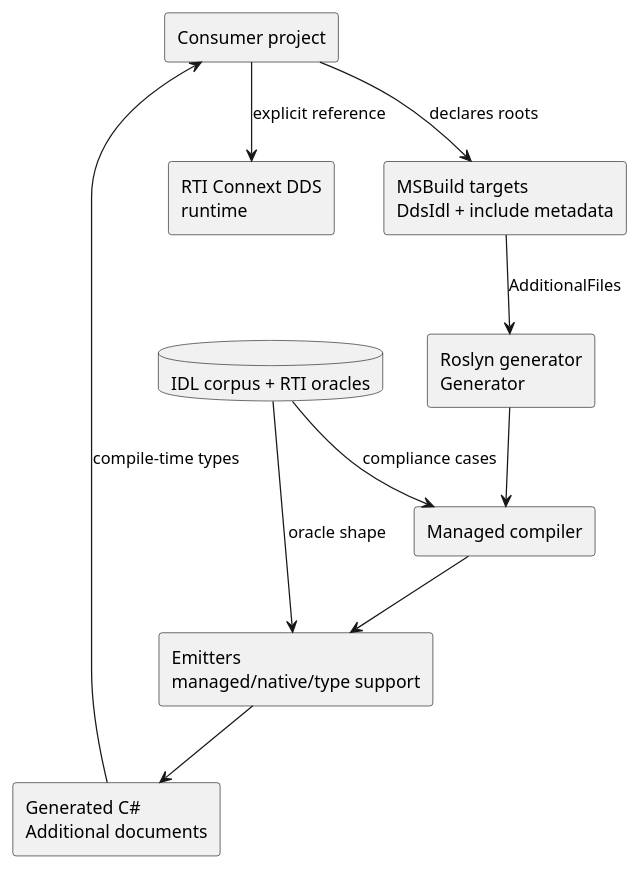
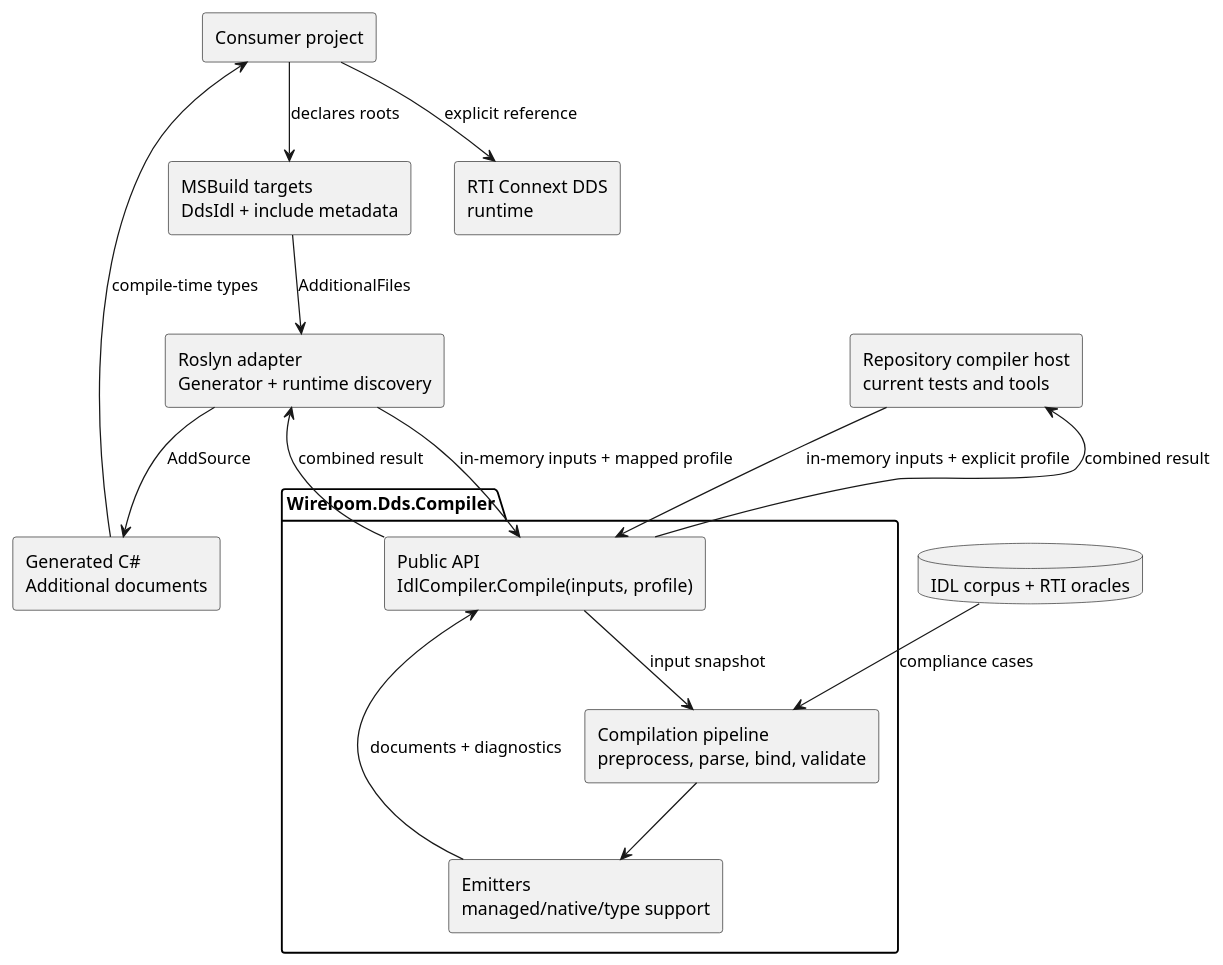
Before and after one commit to eNeRGy164/wireloom: the diagram in docs/architecture/arc42/images/05/level-1-overview.puml, drawn with PlantUML. The commit also changed 19 other files, not shown here.

Commit message:
Update compiler core architecture documentation

```diff
--- a/docs/architecture/arc42/images/05/level-1-overview.puml
+++ b/docs/architecture/arc42/images/05/level-1-overview.puml
@@ -1,22 +1,30 @@
 @startuml
 skinparam componentStyle rectangle
 
 rectangle "Consumer project" as consumer
 rectangle "MSBuild targets\nDdsIdl + include metadata" as msbuild
-rectangle "Roslyn generator\nGenerator" as generator
-rectangle "Managed compiler" as compiler
-rectangle "Emitters\nmanaged/native/type support" as emitters
+rectangle "Roslyn adapter\nGenerator + runtime discovery" as generator
+rectangle "Repository compiler host\ncurrent tests and tools" as host
+package "Wireloom.Dds.Compiler" as compiler {
+  rectangle "Public API\nIdlCompiler.Compile(inputs, profile)" as api
+  rectangle "Compilation pipeline\npreprocess, parse, bind, validate" as pipeline
+  rectangle "Emitters\nmanaged/native/type support" as emitters
+}
 rectangle "Generated C#\nAdditional documents" as output
 rectangle "RTI Connext DDS\nruntime" as runtime
 database "IDL corpus + RTI oracles" as corpus
 
 consumer --> msbuild : declares roots
 msbuild --> generator : AdditionalFiles
-generator --> compiler
-compiler --> emitters
-emitters --> output
+generator --> api : in-memory inputs + mapped profile
+host --> api : in-memory inputs + explicit profile
+api --> pipeline : input snapshot
+pipeline --> emitters
+emitters --> api : documents + diagnostics
+api --> generator : combined result
+api --> host : combined result
+generator --> output : AddSource
 output --> consumer : compile-time types
 consumer --> runtime : explicit reference
-corpus --> compiler : compliance cases
-corpus --> emitters : oracle shape
+corpus --> pipeline : compliance cases
 @enduml
```
